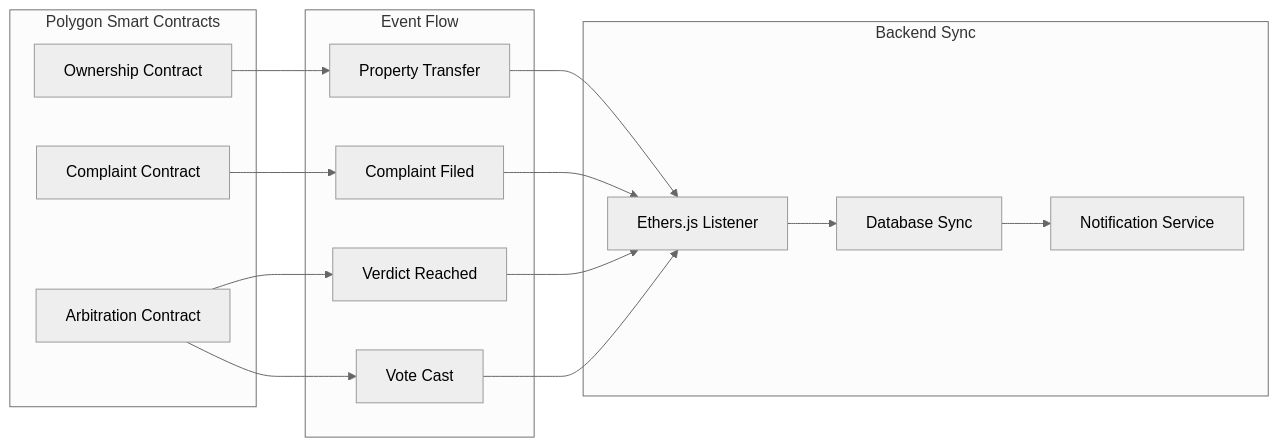
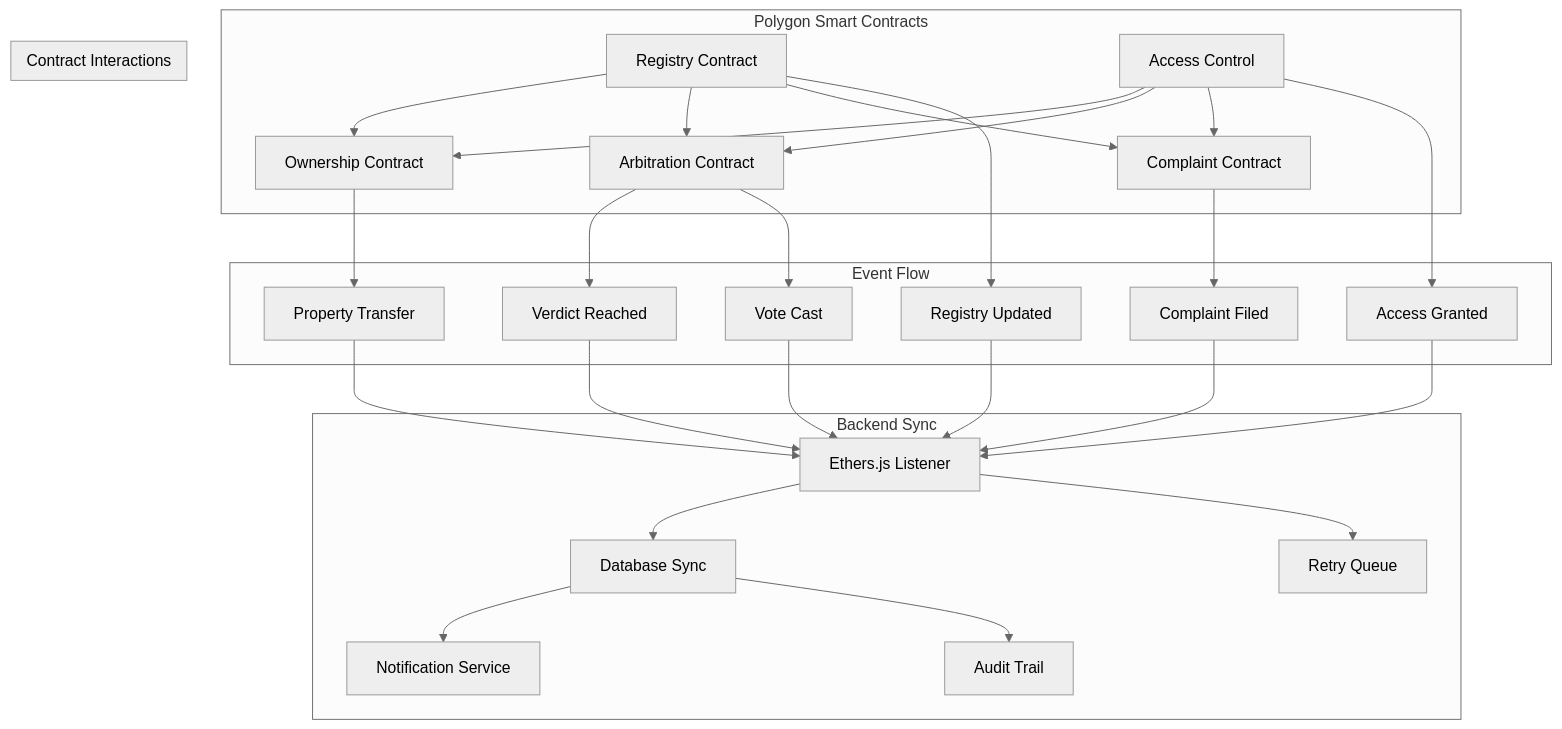
Before and after one commit to Mahdad-Kiyani/synodus-blockchain-infra: the second of 2 diagrams in README.md, drawn with Mermaid (neutral theme). The commit also changed other lines of this file, not shown here.

````diff
--- a/README.md
+++ b/README.md
@@ -101,34 +101,55 @@
 ```mermaid
-graph LR
+graph TB
     subgraph "Polygon Smart Contracts"
         OWNERSHIP[Ownership Contract]
         ARBITRATION[Arbitration Contract]
         COMPLAINT[Complaint Contract]
+        REGISTRY[Registry Contract]
+        ACCESS[Access Control]
+    end
+
+    subgraph "Contract Interactions"
+        REGISTRY --> OWNERSHIP
+        REGISTRY --> ARBITRATION
+        REGISTRY --> COMPLAINT
+        ACCESS --> OWNERSHIP
+        ACCESS --> ARBITRATION
+        ACCESS --> COMPLAINT
     end
 
     subgraph "Event Flow"
         E1[Property Transfer]
         E2[Complaint Filed]
         E3[Verdict Reached]
         E4[Vote Cast]
+        E5[Access Granted]
+        E6[Registry Updated]
     end
 
     subgraph "Backend Sync"
         LISTENER[Ethers.js Listener]
         SYNC[Database Sync]
         NOTIFY[Notification Service]
+        RETRY[Retry Queue]
+        AUDIT[Audit Trail]
     end
 
     OWNERSHIP --> E1
     COMPLAINT --> E2
     ARBITRATION --> E3
     ARBITRATION --> E4
+    ACCESS --> E5
+    REGISTRY --> E6
 
     E1 --> LISTENER
     E2 --> LISTENER
     E3 --> LISTENER
     E4 --> LISTENER
+    E5 --> LISTENER
+    E6 --> LISTENER
 
     LISTENER --> SYNC
     SYNC --> NOTIFY
+    SYNC --> AUDIT
+    LISTENER --> RETRY
 ```
````
